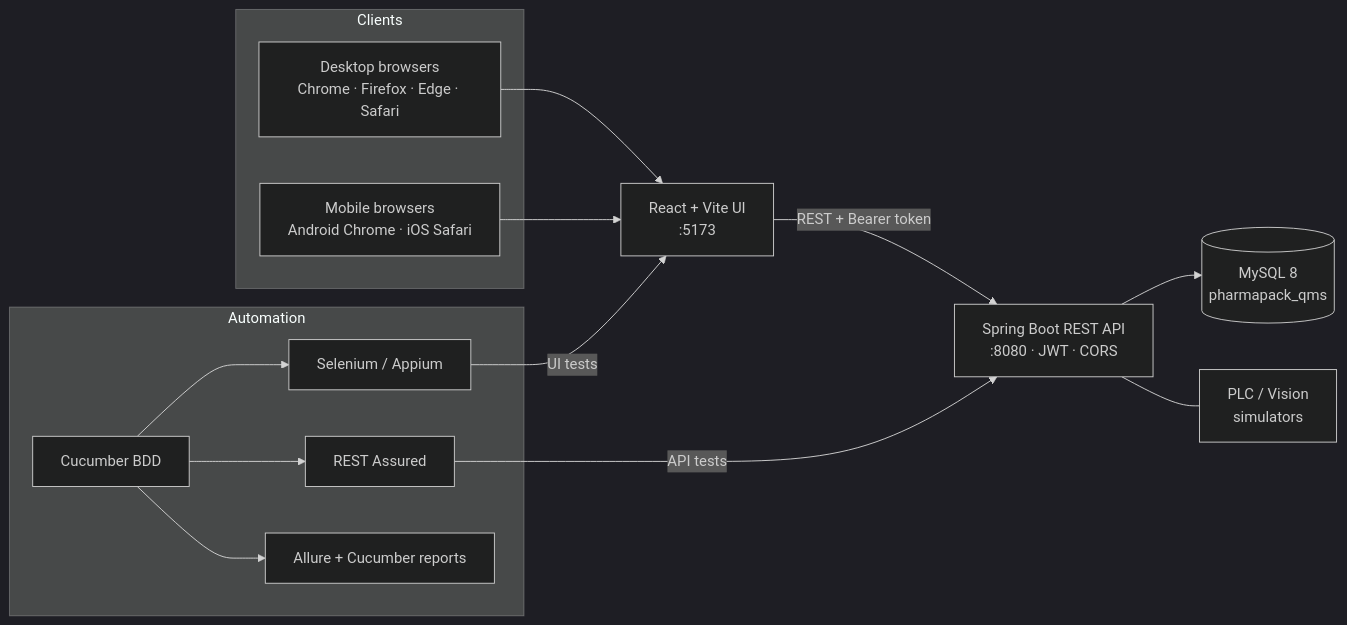
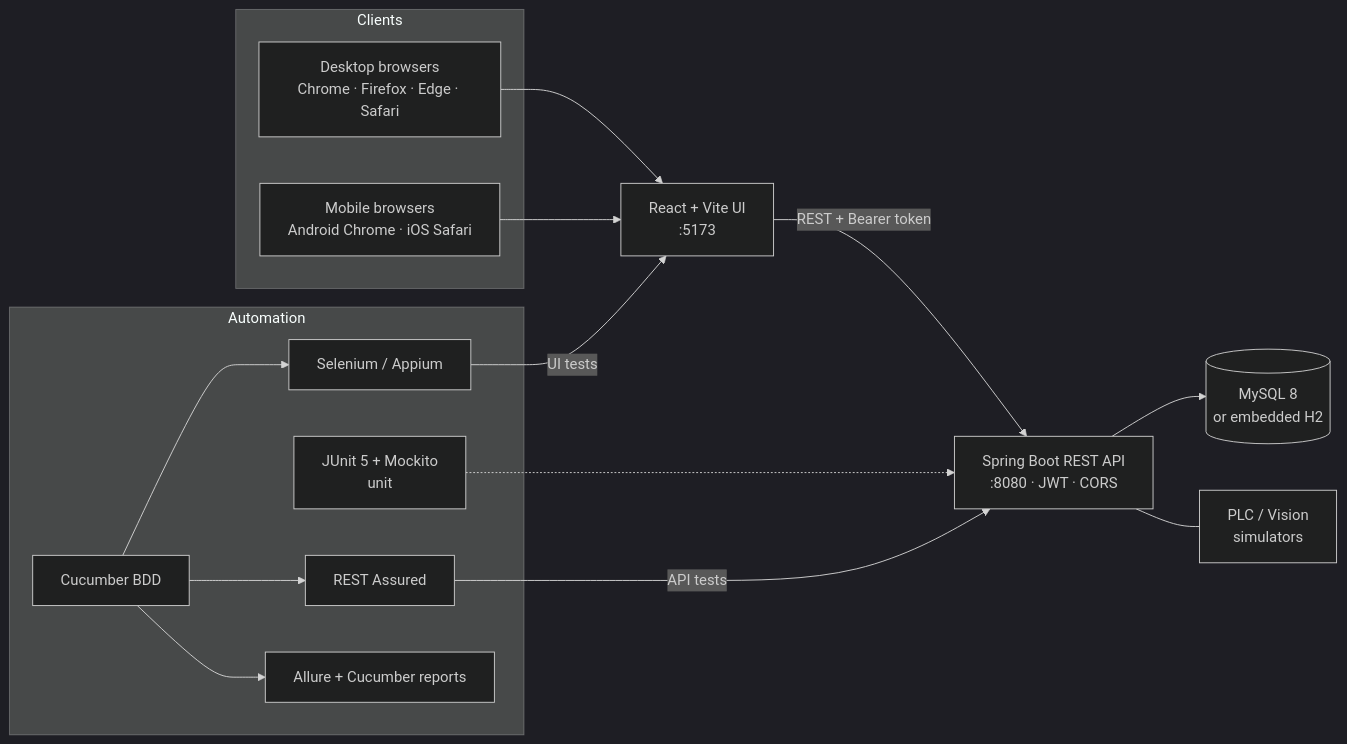
Before and after one commit to rbchy/RbcTcsWorld_PharmaPackQMS_Serialization: the first of 2 diagrams in README.md, drawn with Mermaid (dark theme). The commit also changed other lines of this file and 2 other files, not shown here.

````diff
--- a/README.md
+++ b/README.md
@@ -45,26 +96,28 @@
 ```mermaid
 flowchart LR
     subgraph Clients
         W[Desktop browsers<br/>Chrome · Firefox · Edge · Safari]
         M[Mobile browsers<br/>Android Chrome · iOS Safari]
     end
     UI[React + Vite UI<br/>:5173]
     API[Spring Boot REST API<br/>:8080 · JWT · CORS]
-    DB[(MySQL 8<br/>pharmapack_qms)]
+    DB[(MySQL 8<br/>or embedded H2)]
     SIM[PLC / Vision<br/>simulators]
     W --> UI
     M --> UI
     UI -->|REST + Bearer token| API
     API --> DB
     API --- SIM
 
     subgraph Automation
+        U[JUnit 5 + Mockito<br/>unit]
         C[Cucumber BDD]
         RA[REST Assured]
         SE[Selenium / Appium]
         AL[Allure + Cucumber reports]
     end
+    U -.-> API
     C --> RA -->|API tests| API
     C --> SE -->|UI tests| UI
     C --> AL
 ```
````
